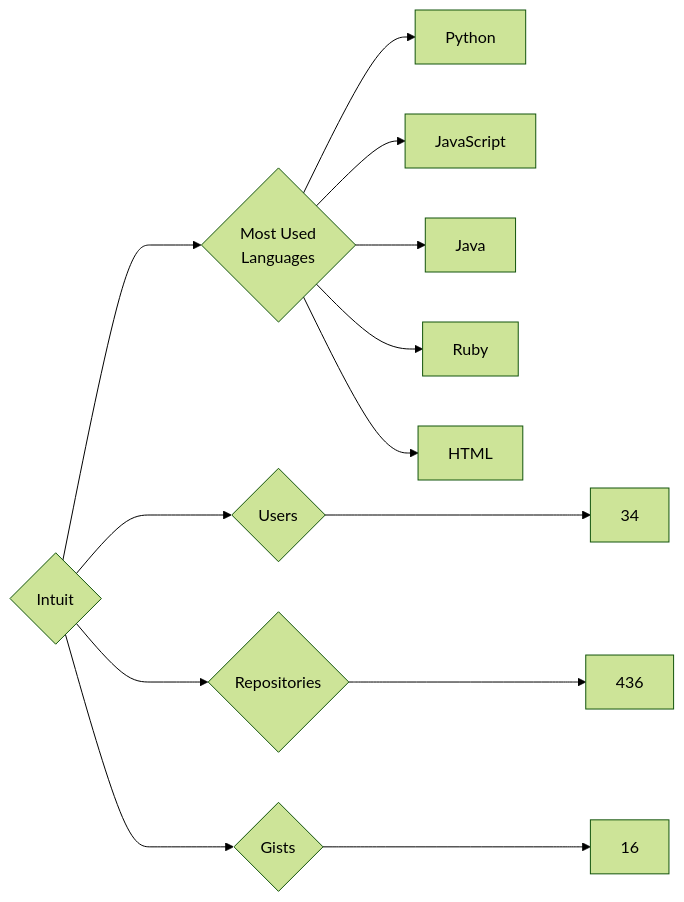
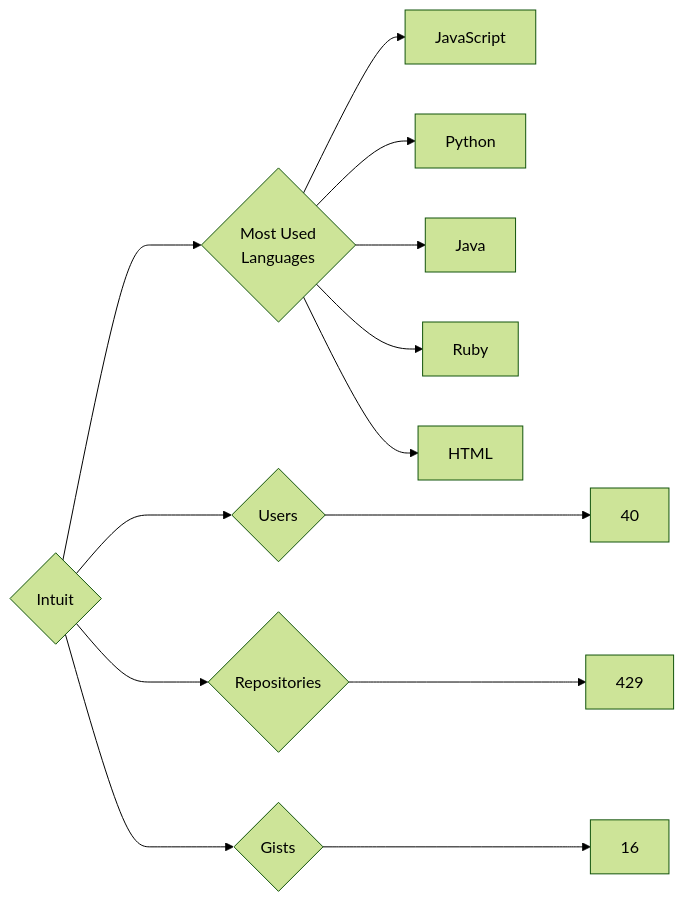
Before and after one commit to trickest/insiders: the diagram in targets/Intuit/README.md, drawn with Mermaid (forest theme). The commit also changed 714 other files, not shown here.

````diff
--- a/targets/Intuit/README.md
+++ b/targets/Intuit/README.md
@@ -3,13 +3,13 @@
 ```mermaid
 graph LR
 COMPANY_NAME{Intuit}
-COMPANY_NAME ---> U{Users} ---> UN[34]
-COMPANY_NAME ---> R{Repositories} ---> RN[436]
+COMPANY_NAME ---> U{Users} ---> UN[40]
+COMPANY_NAME ---> R{Repositories} ---> RN[429]
 COMPANY_NAME ---> G{Gists} ---> GN[16]
 COMPANY_NAME ---> ML{Most Used<br>Languages}
+ML --> JavaScript[JavaScript]
 ML --> Python[Python]
-ML --> JavaScript[JavaScript]
 ML --> Java[Java]
 ML --> Ruby[Ruby]
 ML --> HTML[HTML]
 ```
````
